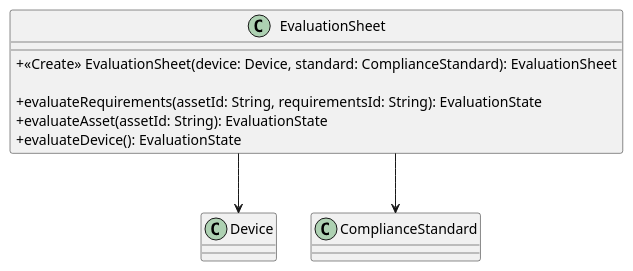
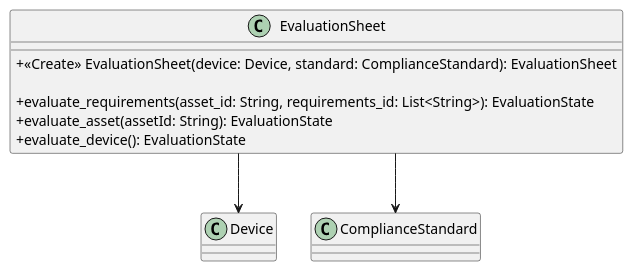
Before and after one commit to GroupRubberDuck/Documentazione: the diagram in src/PB/DocumentazioneEsterna/Specifica_Tecnica/content/uml/puml/Diagrammi_classi/Dominio/EvaluationSheet.puml, drawn with PlantUML. The commit also changed 6 other files, not shown here.

```diff
--- a/src/PB/DocumentazioneEsterna/Specifica_Tecnica/content/uml/puml/Diagrammi_classi/Dominio/EvaluationSheet.puml
+++ b/src/PB/DocumentazioneEsterna/Specifica_Tecnica/content/uml/puml/Diagrammi_classi/Dominio/EvaluationSheet.puml
@@ -1,17 +1,17 @@
 @startuml EvaluationSheet
 skinparam linetype ortho
 skinparam classAttributeIconSize 0
 
 class EvaluationSheet {
-    ' - complianceStandard: ComplianceStandard
+    ' - compliance_standard: ComplianceStandard
     ' - device: Device
 
     + <<Create>> EvaluationSheet(device: Device, standard: ComplianceStandard): EvaluationSheet
 
-    + evaluateRequirements(assetId: String, requirementsId: String): EvaluationState
-    + evaluateAsset(assetId: String): EvaluationState
-    + evaluateDevice(): EvaluationState
+    + evaluate_requirements(asset_id: String, requirements_id: List<String>): EvaluationState
+    + evaluate_asset(assetId: String): EvaluationState
+    + evaluate_device(): EvaluationState
 }
 EvaluationSheet --> Device
 EvaluationSheet --> ComplianceStandard
 @enduml
```
